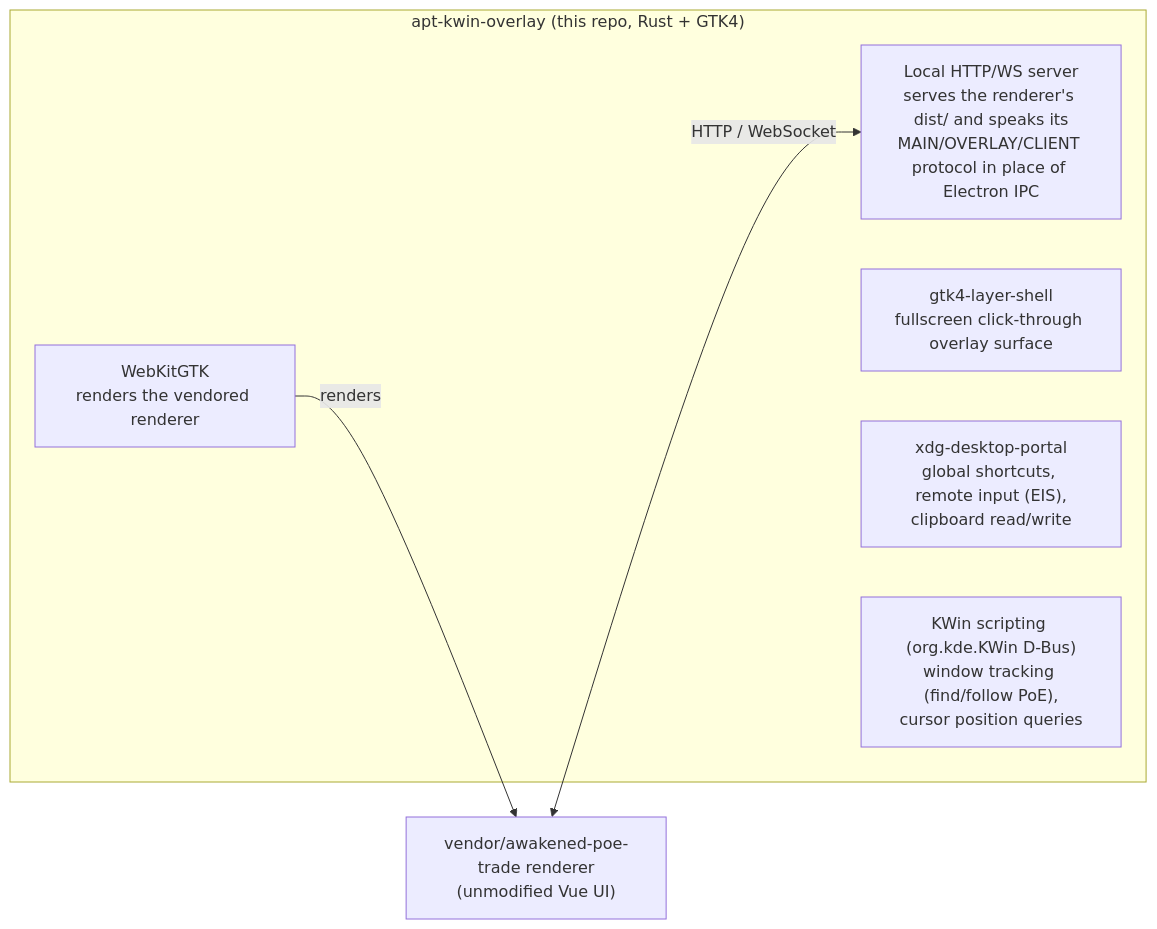
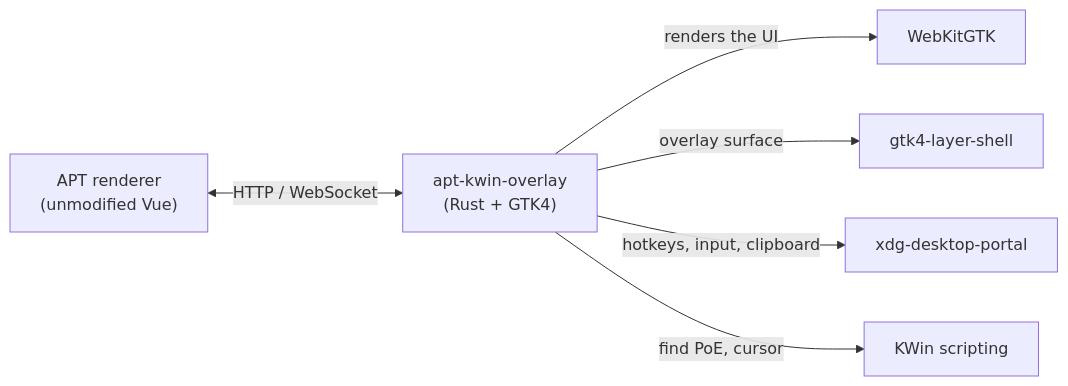
Before and after one commit to thwonghin/poe-kde-overlay: the diagram in README.md, drawn with Mermaid.

Commit message:
docs: smaller architecture diagram

````diff
--- a/README.md
+++ b/README.md
@@ -15,13 +15,8 @@
 ```mermaid
 flowchart LR
-    R["vendor/awakened-poe-trade renderer<br/>(unmodified Vue UI)"]
-    subgraph H["apt-kwin-overlay (this repo, Rust + GTK4)"]
-        S["Local HTTP/WS server<br/>serves the renderer's dist/ and speaks its<br/>MAIN/OVERLAY/CLIENT protocol in place of Electron IPC"]
-        W["WebKitGTK<br/>renders the vendored renderer"]
-        L["gtk4-layer-shell<br/>fullscreen click-through overlay surface"]
-        P["xdg-desktop-portal<br/>global shortcuts, remote input (EIS),<br/>clipboard read/write"]
-        K["KWin scripting (org.kde.KWin D-Bus)<br/>window tracking (find/follow PoE),<br/>cursor position queries"]
-    end
-    R <-->|HTTP / WebSocket| S
-    W -->|renders| R
+    R["APT renderer<br/>(unmodified Vue)"] <-->|HTTP / WebSocket| H["apt-kwin-overlay<br/>(Rust + GTK4)"]
+    H -->|renders the UI| W[WebKitGTK]
+    H -->|overlay surface| L[gtk4-layer-shell]
+    H -->|hotkeys, input, clipboard| P[xdg-desktop-portal]
+    H -->|find PoE, cursor| K[KWin scripting]
 ```
````
